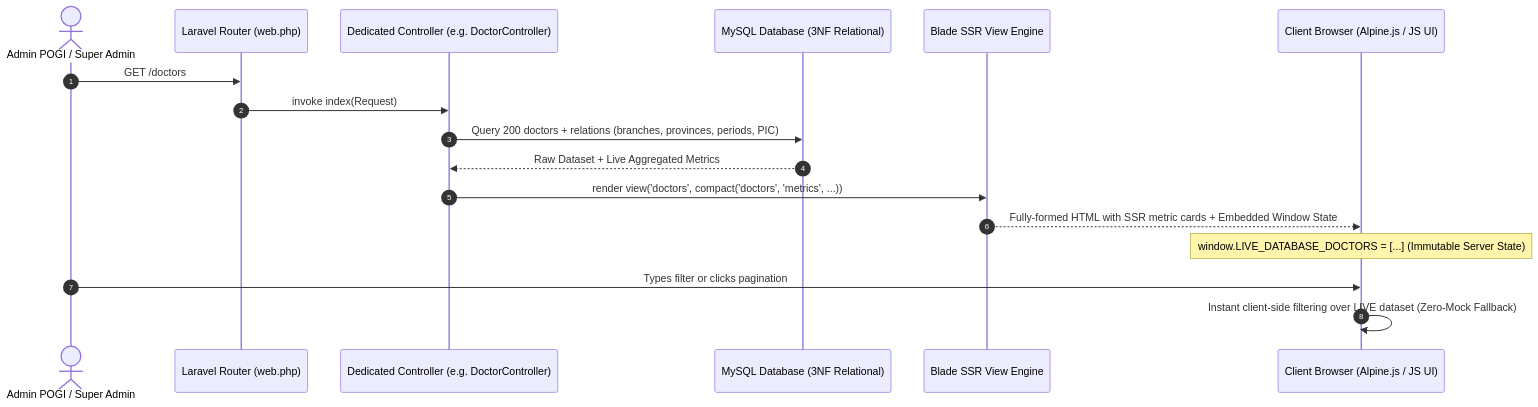
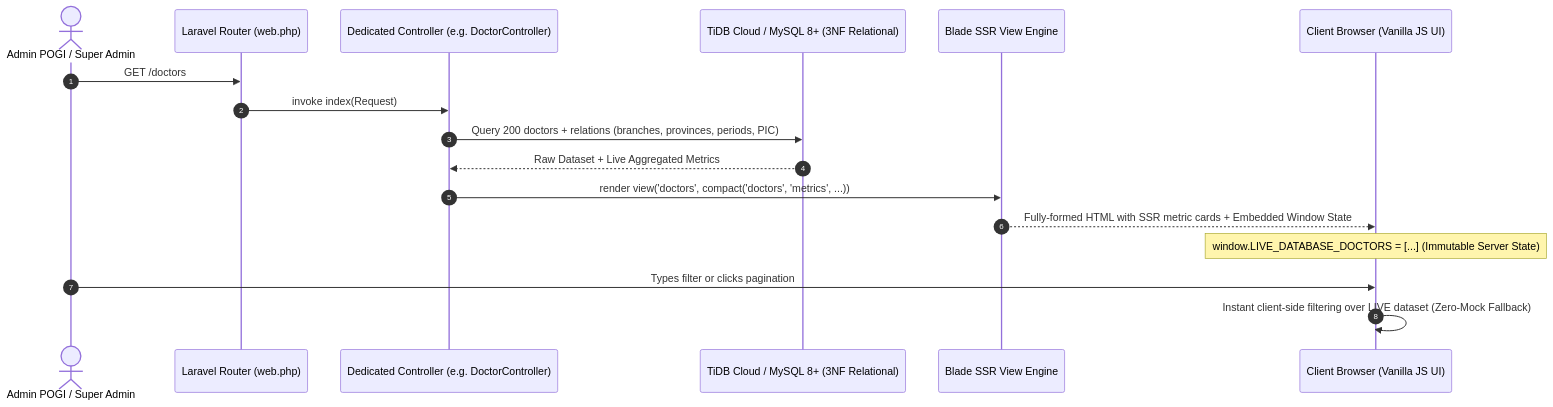
Before and after one commit to echoTech187/pogi-spk-tracker: diagram 11 of 11 in ARCHITECTURE.md, drawn with Mermaid. The commit also changed other lines of this file, not shown here.

Commit message:
docs(architecture): align ARCHITECTURE.md with Laravel 12, Vercel PHP, TiDB Cloud, and Artisan scheduler

````diff
--- a/ARCHITECTURE.md
+++ b/ARCHITECTURE.md
@@ -545,20 +540,20 @@
 ```mermaid
 sequenceDiagram
     autonumber
     actor Admin as Admin POGI / Super Admin
     participant Route as Laravel Router (web.php)
     participant Ctrl as Dedicated Controller (e.g. DoctorController)
-    participant DB as MySQL Database (3NF Relational)
+    participant DB as TiDB Cloud / MySQL 8+ (3NF Relational)
     participant Blade as Blade SSR View Engine
-    participant Browser as Client Browser (Alpine.js / JS UI)
+    participant Browser as Client Browser (Vanilla JS UI)
 
     Admin->>Route: GET /doctors
     Route->>Ctrl: invoke index(Request)
     Ctrl->>DB: Query 200 doctors + relations (branches, provinces, periods, PIC)
     DB-->>Ctrl: Raw Dataset + Live Aggregated Metrics
     Ctrl->>Blade: render view('doctors', compact('doctors', 'metrics', ...))
     Blade-->>Browser: Fully-formed HTML with SSR metric cards + Embedded Window State
     Note over Browser: window.LIVE_DATABASE_DOCTORS = [...] (Immutable Server State)
     Admin->>Browser: Types filter or clicks pagination
     Browser->>Browser: Instant client-side filtering over LIVE dataset (Zero-Mock Fallback)
 ```
````
